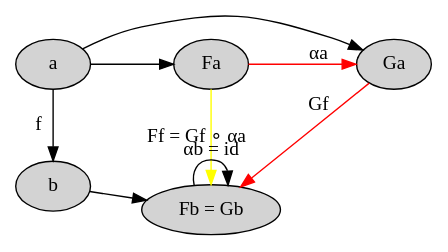
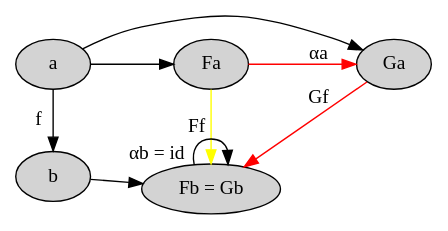
One commit to evenbrenden/ct4p-challenges changed the diagram in chapter17-challenge1-part4.dot. Above: the diagram before and after it, drawn with Graphviz. The commit also changed 14 other files, not shown here.

```diff
--- a/chapter17-challenge1-part4.dot
+++ b/chapter17-challenge1-part4.dot
@@ -1,22 +1,22 @@
 digraph {
   node [style="filled" color="black" fillcolor="lightgray"]
 
   rankdir=LR
   { rank=same a b }
   { rank=same Fa FbGb }
 
   a [label="a"]
   b [label="b"]
   Fa [label="Fa"]
   Ga [label="Ga"]
   FbGb [label="Fb = Gb"]
 
   a -> b [label="f"]
   a -> Fa
   a -> Ga
   b -> FbGb
-  FbGb -> FbGb [label="αb = id"]
+  FbGb -> FbGb [xlabel="αb = id"]
   Fa -> Ga [label="αa" color="red"]
   Ga -> FbGb [label="Gf" color="red"]
-  Fa -> FbGb [label="Ff = Gf ∘ αa" color="yellow"]
+  Fa -> FbGb [label="Ff" color="yellow"]
 }
```
